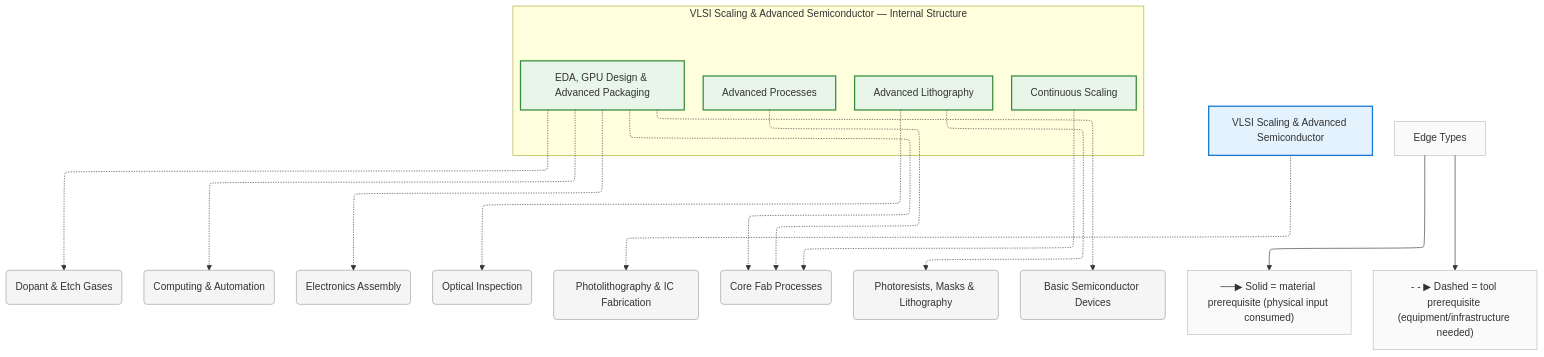
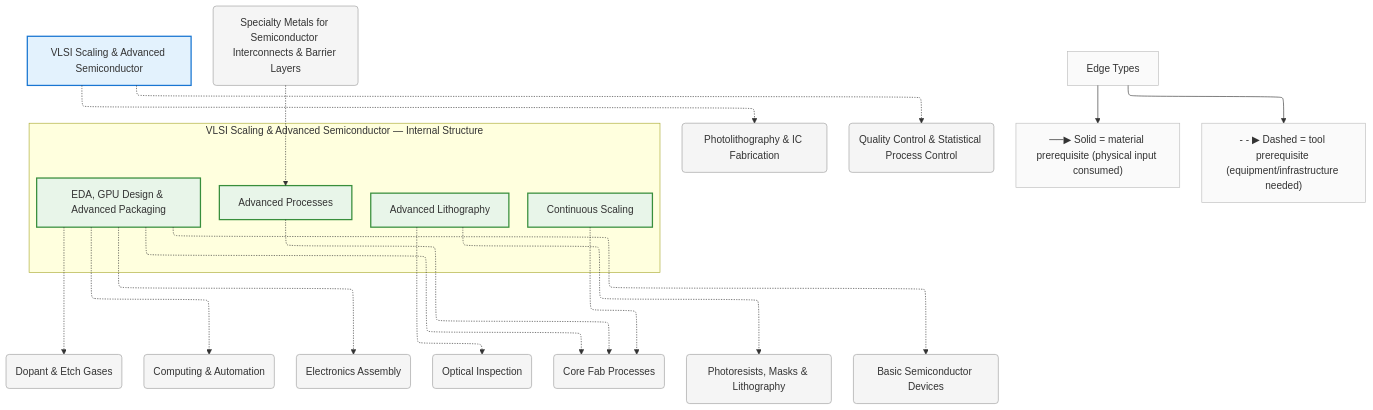
One commit to egofree/TechTree changed the diagram in diagrams/mermaid/vlsi-scaling.mmd. Above: the diagram before and after it, drawn with Mermaid. The commit also changed 56 other files, not shown here.

First line of the commit message:
feat(domains): create 7 critical technology domains + expand specialty metals

```diff
--- a/diagrams/mermaid/vlsi-scaling.mmd
+++ b/diagrams/mermaid/vlsi-scaling.mmd
@@ -1,66 +1,72 @@
 %%{init: {"flowchart": {"defaultRenderer": "elk", "htmlLabels": true}}}%%
 graph TD
     %% Domain: VLSI Scaling & Advanced Semiconductor
 
     %% ==================== INTERNAL NODES ====================
     subgraph vlsi-scaling_internal ["VLSI Scaling & Advanced Semiconductor — Internal Structure"]
         direction TB
         vlsi-scaling_continuous-scaling["Continuous Scaling"]
         vlsi-scaling_advanced-lithography["Advanced Lithography"]
         vlsi-scaling_advanced-processes["Advanced Processes"]
         vlsi-scaling_eda-design["EDA, GPU Design & Advanced Packaging"]
     end
 
     %% ==================== DOMAIN NODE ====================
     vlsi-scaling["VLSI Scaling & Advanced Semiconductor"]
 
     %% ==================== EXTERNAL DEPENDENCIES ====================
     chemistry_dopant-etch-gases("Dopant & Etch Gases")
     computing("Computing & Automation")
     electronics_assembly("Electronics Assembly")
+    metals_specialty-semiconductor("Specialty Metals for Semiconductor Interconnects & Barrier Layers")
     optics_inspection("Optical Inspection")
     photolithography("Photolithography & IC Fabrication")
     photolithography_fab-processes("Core Fab Processes")
     photolithography_resists-masks("Photoresists, Masks & Lithography")
+    quality-control("Quality Control & Statistical Process Control")
     silicon_basic-devices("Basic Semiconductor Devices")
 
     %% ==================== EDGES ====================
     vlsi-scaling -.-> photolithography
     vlsi-scaling_continuous-scaling -.-> photolithography_fab-processes
     vlsi-scaling_advanced-lithography -.-> photolithography_resists-masks
     vlsi-scaling_advanced-lithography -.-> optics_inspection
     vlsi-scaling_advanced-processes -.-> photolithography_fab-processes
     vlsi-scaling_eda-design -.-> computing
     vlsi-scaling_eda-design -.-> photolithography_fab-processes
     vlsi-scaling_eda-design -.-> silicon_basic-devices
     vlsi-scaling_eda-design -.-> chemistry_dopant-etch-gases
     vlsi-scaling_eda-design -.-> electronics_assembly
+    metals_specialty-semiconductor -.-> vlsi-scaling_advanced-processes
+    vlsi-scaling -.-> quality-control
 
     %% ==================== EDGE TYPE LEGEND ====================
     EdgeLegend["Edge Types"]
     EdgeLegend --> MatNote["──▶ Solid = material prerequisite (physical input consumed)"]
     EdgeLegend --> ToolNote["- - ▶ Dashed = tool prerequisite (equipment/infrastructure needed)"]
 
     %% ==================== STYLING ====================
     classDef domain fill:#e3f2fd,stroke:#1976d2,stroke-width:2px
     classDef capability fill:#e8f5e9,stroke:#388e3c,stroke-width:2px
     classDef process fill:#fff3e0,stroke:#f57c00,stroke-width:2px
     classDef critical fill:#fff3e0,stroke:#f57c00,stroke-width:3px
     classDef earlyWin fill:#e8f5e9,stroke:#388e3c,stroke-width:3px
     classDef pinnacle fill:#fce4ec,stroke:#c62828,stroke-width:3px
     classDef external fill:#f5f5f5,stroke:#9e9e9e,stroke-width:1px
     classDef legend fill:#fafafa,stroke:#bdbdbd,stroke-width:1px
     class vlsi-scaling domain
     class vlsi-scaling_continuous-scaling capability
     class vlsi-scaling_advanced-lithography capability
     class vlsi-scaling_advanced-processes capability
     class vlsi-scaling_eda-design capability
     class chemistry_dopant-etch-gases external
     class computing external
     class electronics_assembly external
+    class metals_specialty-semiconductor external
     class optics_inspection external
     class photolithography external
     class photolithography_fab-processes external
     class photolithography_resists-masks external
+    class quality-control external
     class silicon_basic-devices external
     class EdgeLegend,MatNote,ToolNote legend
```
